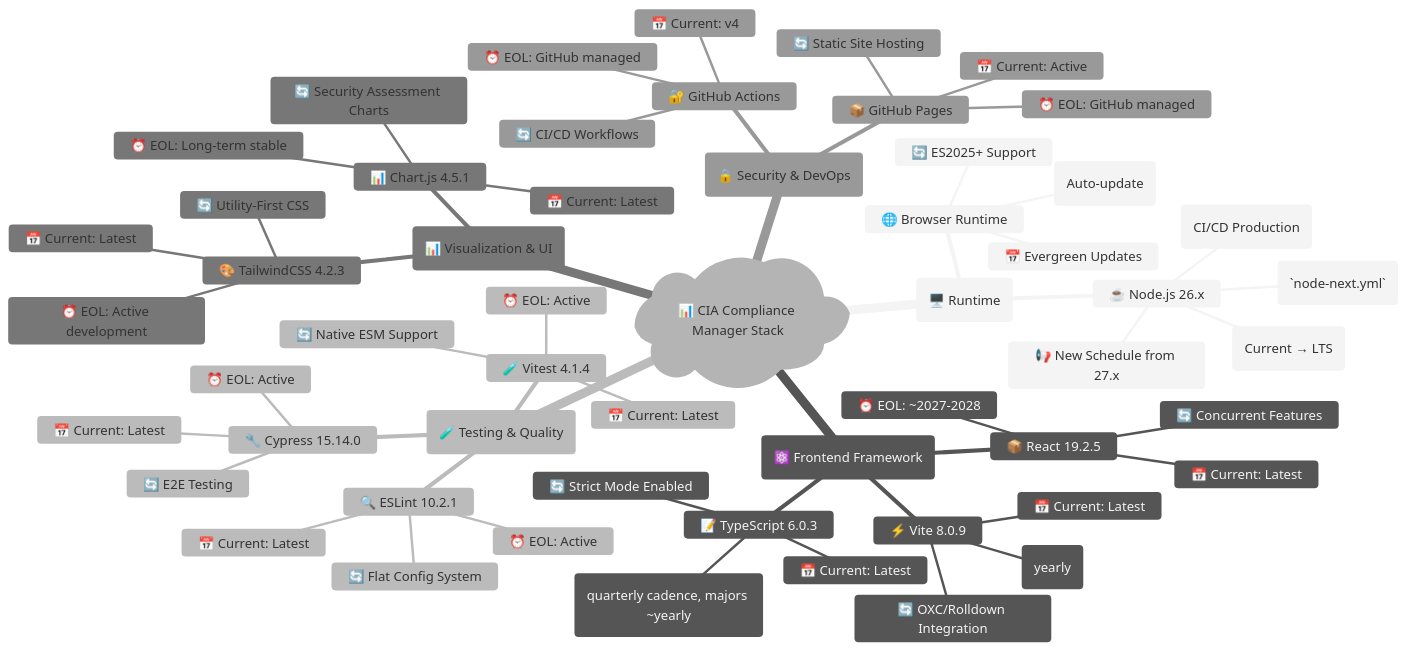
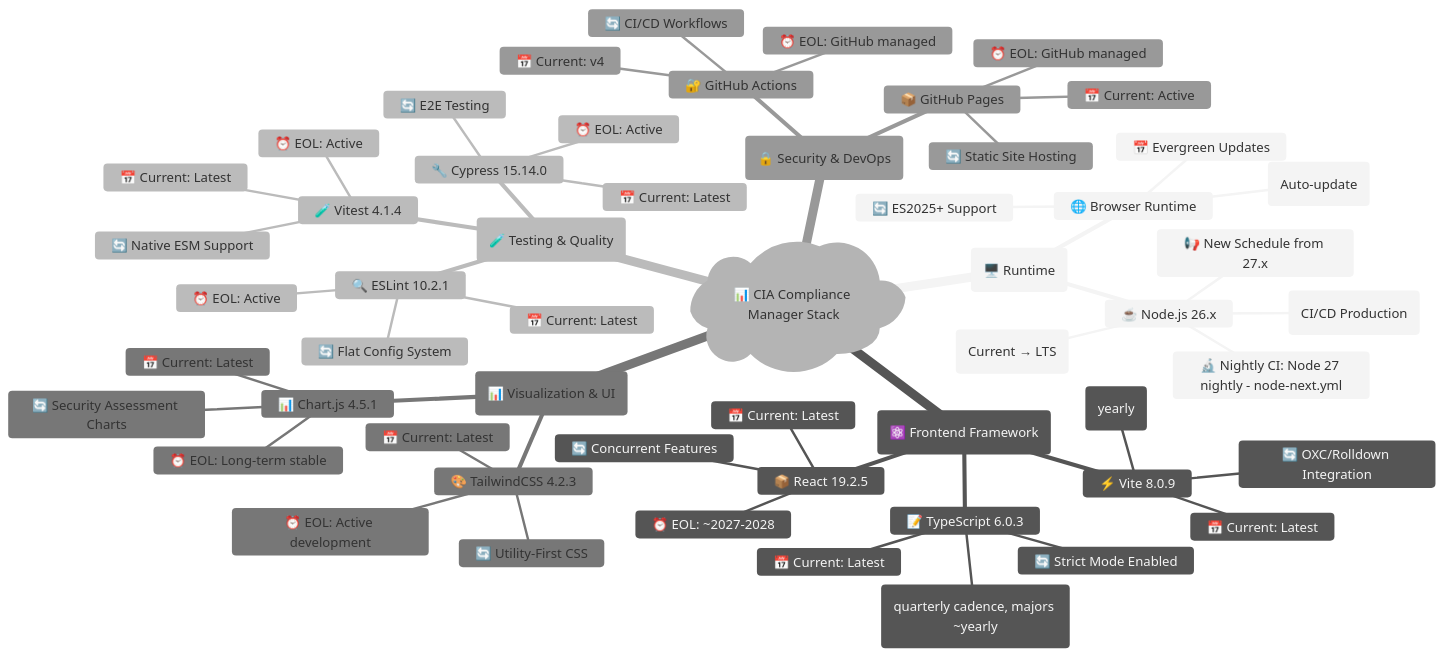
The first of 9 diagrams in docs/End-of-Life-Strategy.md (Hack23/cia-compliance-manager), drawn with Mermaid before and after one commit. The commit also changed 1 other file, not shown here.

Commit message:
fix: plain-text mindmap node, use npm ci in node-next workflow
Agent-Logs-Url: https://github.com/Hack23/cia-compliance-manager/sessions/cd430ce0-5c60-49cc-ad97-a111aef2a6d4

````diff
--- a/docs/End-of-Life-Strategy.md
+++ b/docs/End-of-Life-Strategy.md
@@ -51,59 +51,59 @@
 ```mermaid
 %%{init: {"theme": "neutral"}}%%
 mindmap
   root)📊 CIA Compliance Manager Stack(
     (🖥️ Runtime)
       ☕ Node.js 26.x
         📅 Current: 26.x (CI/CD Production)
         ⏰ Node 26 LTS: Oct 2026 (Current → LTS)
-        🔬 Nightly CI: Node 27 nightly (`node-next.yml`)
+        🔬 Nightly CI: Node 27 nightly - node-next.yml
         📢 New Schedule from 27.x
       🌐 Browser Runtime
         📅 Evergreen Updates
         ⏰ EOL: N/A (Auto-update)
         🔄 ES2025+ Support
     (⚛️ Frontend Framework)
       📦 React 19.2.5
         📅 Current: Latest
         ⏰ EOL: ~2027-2028
         🔄 Concurrent Features
       📝 TypeScript 6.0.3
         📅 Current: Latest
         ⏰ EOL: Active (quarterly cadence, majors ~yearly)
         🔄 Strict Mode Enabled
       ⚡ Vite 8.0.9
         📅 Current: Latest
         ⏰ EOL: Active (yearly)
         🔄 OXC/Rolldown Integration
     (🧪 Testing & Quality)
       🧪 Vitest 4.1.4
         📅 Current: Latest
         ⏰ EOL: Active
         🔄 Native ESM Support
       🔧 Cypress 15.14.0
         📅 Current: Latest
         ⏰ EOL: Active
         🔄 E2E Testing
       🔍 ESLint 10.2.1
         📅 Current: Latest
         ⏰ EOL: Active
         🔄 Flat Config System
     (📊 Visualization & UI)
       📊 Chart.js 4.5.1
         📅 Current: Latest
         ⏰ EOL: Long-term stable
         🔄 Security Assessment Charts
       🎨 TailwindCSS 4.2.3
         📅 Current: Latest
         ⏰ EOL: Active development
         🔄 Utility-First CSS
     (🔒 Security & DevOps)
       🔐 GitHub Actions
         📅 Current: v4
         ⏰ EOL: GitHub managed
         🔄 CI/CD Workflows
       📦 GitHub Pages
         📅 Current: Active
         ⏰ EOL: GitHub managed
         🔄 Static Site Hosting
 ```
````
